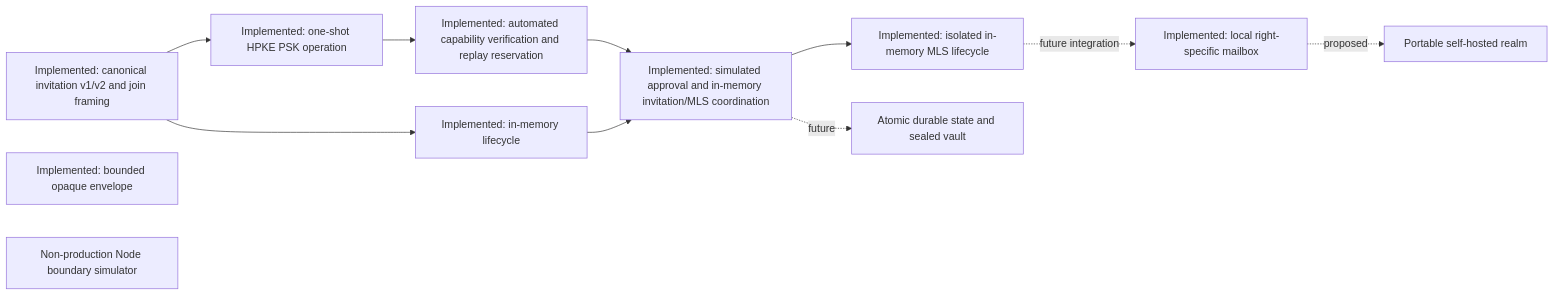
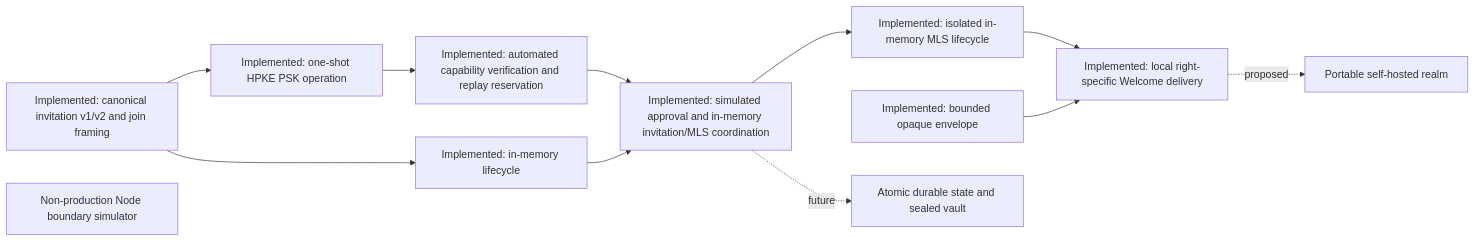
One commit to dills122/session-chat changed the diagram in docs/INDEPENDENT_AUDIT_BRIEF.md. Above: the diagram before and after it, drawn with Mermaid. The commit also changed other lines of this file and 19 other files, not shown here.

Commit message:
feat: deliver approved welcome through local transport

````diff
--- a/docs/INDEPENDENT_AUDIT_BRIEF.md
+++ b/docs/INDEPENDENT_AUDIT_BRIEF.md
@@ -83,15 +84,16 @@
 ```mermaid
 flowchart LR
   I["Implemented: canonical invitation v1/v2 and join framing"] --> P["Implemented: one-shot HPKE PSK operation"]
   P --> C["Implemented: automated capability verification and replay reservation"]
   I --> R["Implemented: in-memory lifecycle"]
   E["Implemented: bounded opaque envelope"]
   M["Implemented: isolated in-memory MLS lifecycle"]
   N["Non-production Node boundary simulator"]
   C --> A["Implemented: simulated approval and in-memory invitation/MLS coordination"]
   R --> A
   A --> M
-  M -. future integration .-> T["Implemented: local right-specific mailbox"]
+  M --> T["Implemented: local right-specific Welcome delivery"]
+  E --> T
   A -. future .-> V["Atomic durable state and sealed vault"]
   T -. proposed .-> H["Portable self-hosted realm"]
 ```
````
